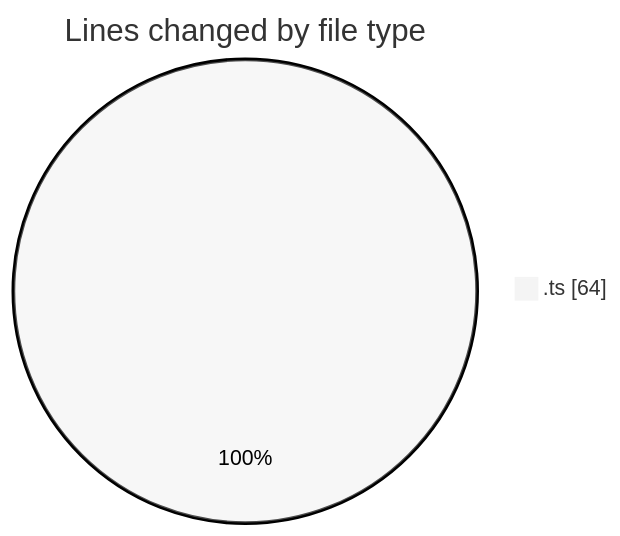
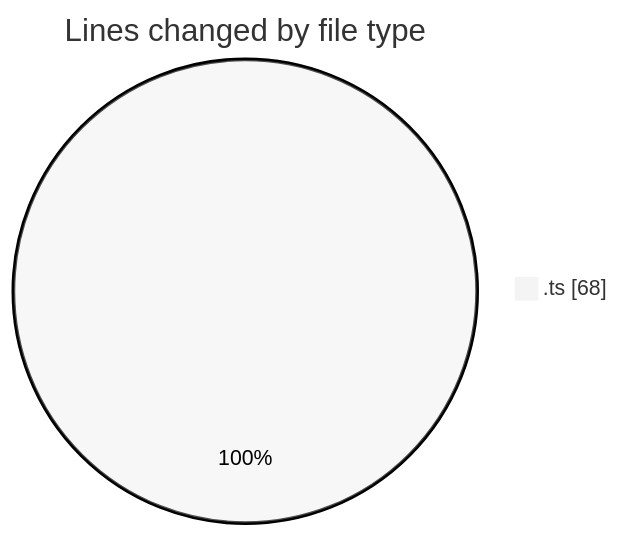
One commit to momahboobian/code-tracking changed the first of 2 diagrams in 2025-06-24/cda/README.md. Above: the diagram before and after it, drawn with Mermaid (neutral theme). The commit also changed other lines of this file and 1 other file, not shown here.

````diff
--- a/2025-06-24/cda/README.md
+++ b/2025-06-24/cda/README.md
@@ -20,5 +20,5 @@
 ```mermaid
 pie showData
 title Lines changed by file type
-".ts" : 64
+".ts" : 68
 ```
````
